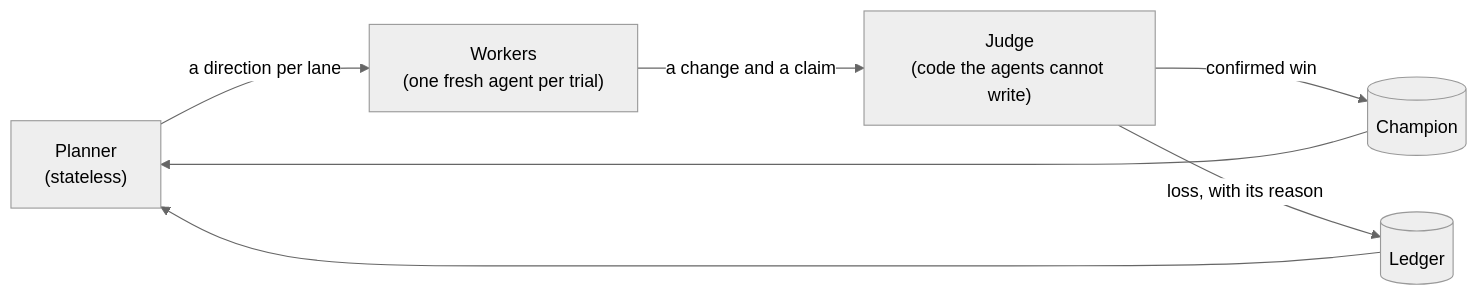
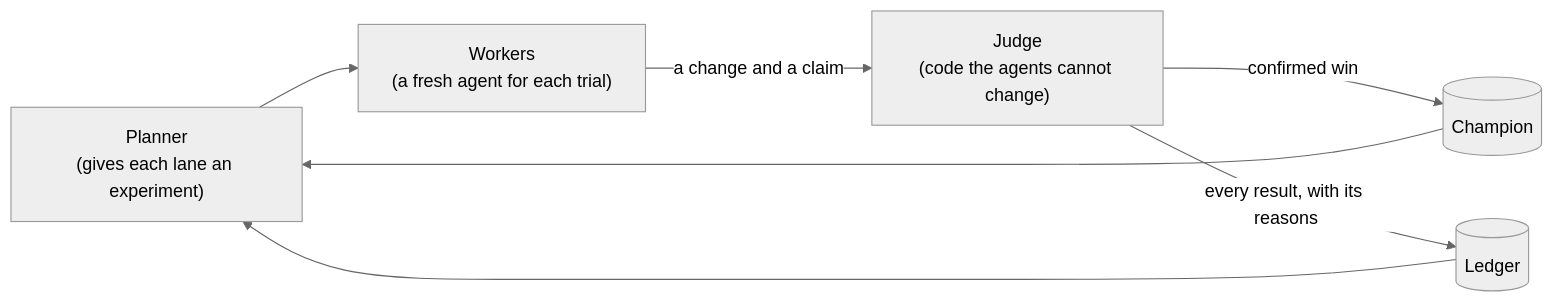
One commit to Mahdi3Bani/thermite changed the first of 2 diagrams in README.md. Above: the diagram before and after it, drawn with Mermaid (neutral theme). The commit also changed other lines of this file and 5 other files, not shown here.

````diff
--- a/README.md
+++ b/README.md
@@ -32,9 +47,9 @@
 ```mermaid
 flowchart LR
-  Planner["Planner<br/>(stateless)"] -- a direction per lane --> Workers["Workers<br/>(one fresh agent per trial)"]
-  Workers -- a change and a claim --> Judge["Judge<br/>(code the agents cannot write)"]
+  Planner["Planner<br/>(gives each lane an experiment)"] --> Workers["Workers<br/>(a fresh agent for each trial)"]
+  Workers -- a change and a claim --> Judge["Judge<br/>(code the agents cannot change)"]
   Judge -- confirmed win --> Champion[(Champion)]
-  Judge -- loss, with its reason --> Ledger[(Ledger)]
+  Judge -- every result, with its reasons --> Ledger[(Ledger)]
   Champion --> Planner
   Ledger --> Planner
 ```
````
